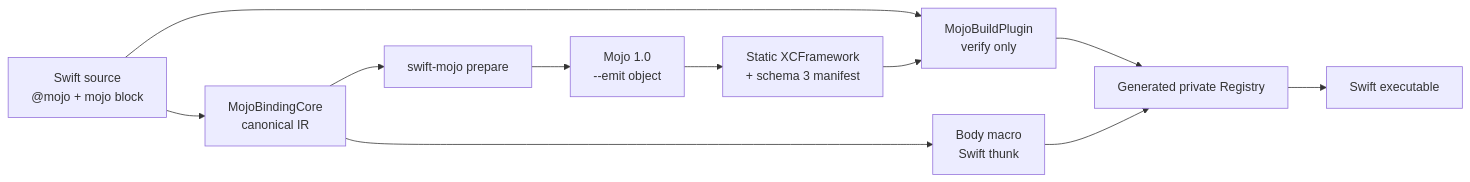
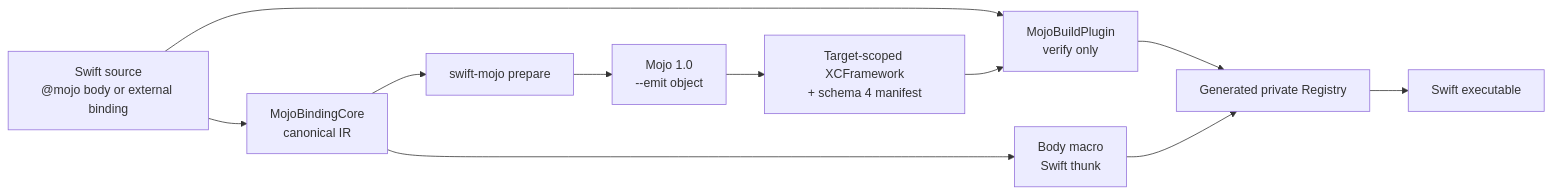
One commit to 1amageek/swift-mojo changed the second of 4 diagrams in README.md. Above: the diagram before and after it, drawn with Mermaid. The commit also changed other lines of this file and 84 other files, not shown here.

````diff
--- a/README.md
+++ b/README.md
@@ -22,13 +199,13 @@
 ```mermaid
 flowchart LR
-    S["Swift source<br/>@mojo + mojo block"] --> IR["MojoBindingCore<br/>canonical IR"]
+    S["Swift source<br/>@mojo body or external binding"] --> IR["MojoBindingCore<br/>canonical IR"]
     IR --> M["Body macro<br/>Swift thunk"]
     IR --> P["swift-mojo prepare"]
     P --> C["Mojo 1.0<br/>--emit object"]
-    C --> X["Static XCFramework<br/>+ schema 3 manifest"]
+    C --> X["Target-scoped XCFramework<br/>+ schema 4 manifest"]
     S --> V["MojoBuildPlugin<br/>verify only"]
     X --> V
     V --> R["Generated private Registry"]
     M --> R
     R --> E["Swift executable"]
 ```
````
